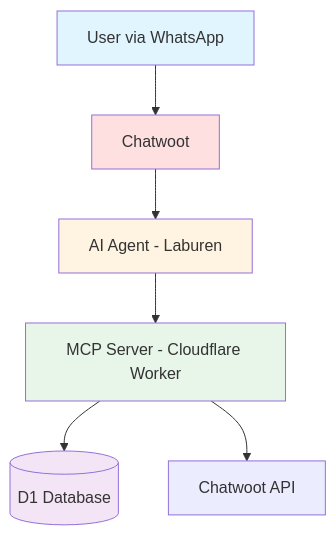
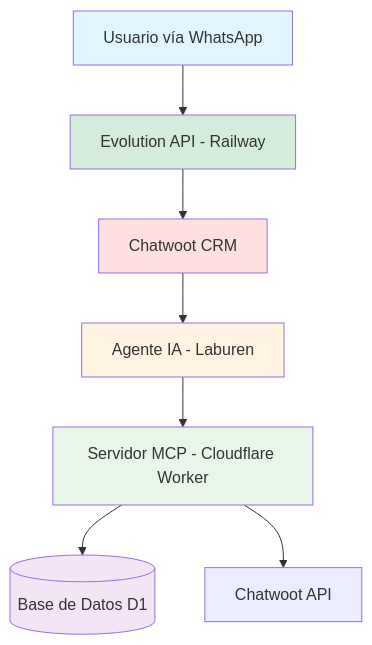
The first of 6 diagrams in docs/ARCHITECTURE.md (ezzz37/laburen-ai-agent-challenge), drawn with Mermaid before and after one commit. The commit also changed other lines of this file and 5 other files, not shown here.

````diff
--- a/docs/ARCHITECTURE.md
+++ b/docs/ARCHITECTURE.md
@@ -5,14 +5,16 @@
 ```mermaid
 graph TB
-    User[User via WhatsApp] --> CW[Chatwoot]
-    CW --> Agent[AI Agent - Laburen]
-    Agent --> MCP[MCP Server - Cloudflare Worker]
-    MCP --> D1[(D1 Database)]
+    User[Usuario vía WhatsApp] --> EVO[Evolution API - Railway]
+    EVO --> CW[Chatwoot CRM]
+    CW --> Agent[Agente IA - Laburen]
+    Agent --> MCP[Servidor MCP - Cloudflare Worker]
+    MCP --> D1[(Base de Datos D1)]
     MCP --> CW_API[Chatwoot API]
     
     style User fill:#e1f5ff
+    style EVO fill:#d4edda
+    style CW fill:#ffe0e0
     style Agent fill:#fff4e1
     style MCP fill:#e8f5e9
     style D1 fill:#f3e5f5
-    style CW fill:#ffe0e0
 ```
````
